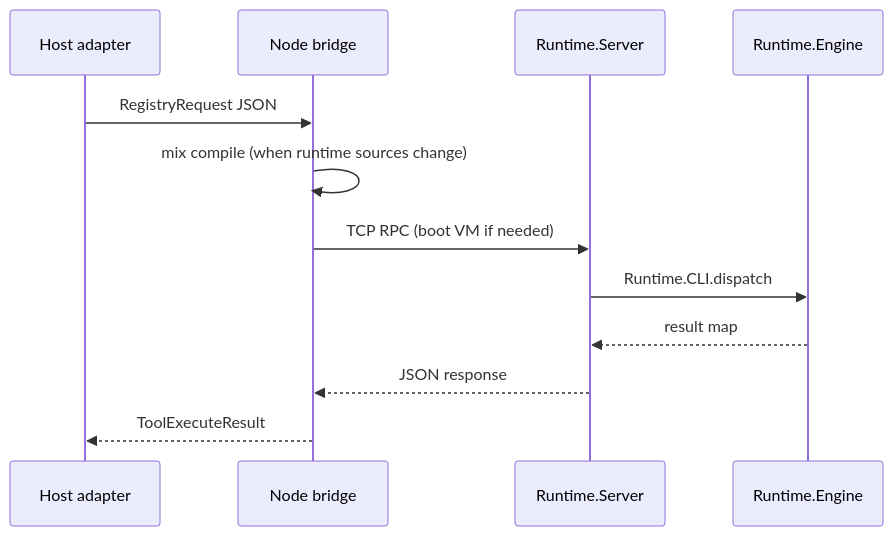
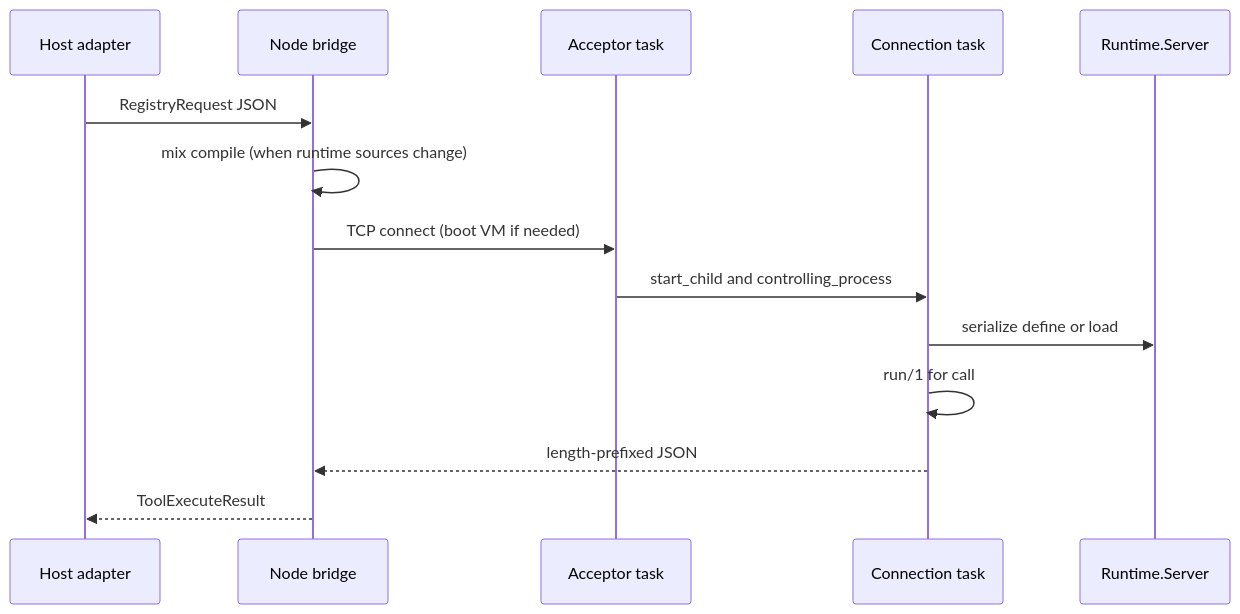
The second of 3 diagrams in docs/concepts/architecture.md (0x1d/crucible), drawn with Mermaid before and after one commit. The commit also changed other lines of this file and 14 other files, not shown here.

First line of the commit message:
fix(runtime): supervise acceptor and connection tasks

````diff
--- a/docs/concepts/architecture.md
+++ b/docs/concepts/architecture.md
@@ -41,15 +41,17 @@
 ```mermaid
 sequenceDiagram
   participant Adapter as Host adapter
   participant Bridge as Node bridge
-  participant Beam as Runtime.Server
-  participant Engine as Runtime.Engine
+  participant Acceptor as Acceptor task
+  participant Conn as Connection task
+  participant Server as Runtime.Server
 
   Adapter->>Bridge: RegistryRequest JSON
   Bridge->>Bridge: mix compile (when runtime sources change)
-  Bridge->>Beam: TCP RPC (boot VM if needed)
-  Beam->>Engine: Runtime.CLI.dispatch
-  Engine-->>Beam: result map
-  Beam-->>Bridge: JSON response
+  Bridge->>Acceptor: TCP connect (boot VM if needed)
+  Acceptor->>Conn: start_child and controlling_process
+  Conn->>Server: serialize define or load
+  Conn->>Conn: run/1 for call
+  Conn-->>Bridge: length-prefixed JSON
   Bridge-->>Adapter: ToolExecuteResult
 ```
````
